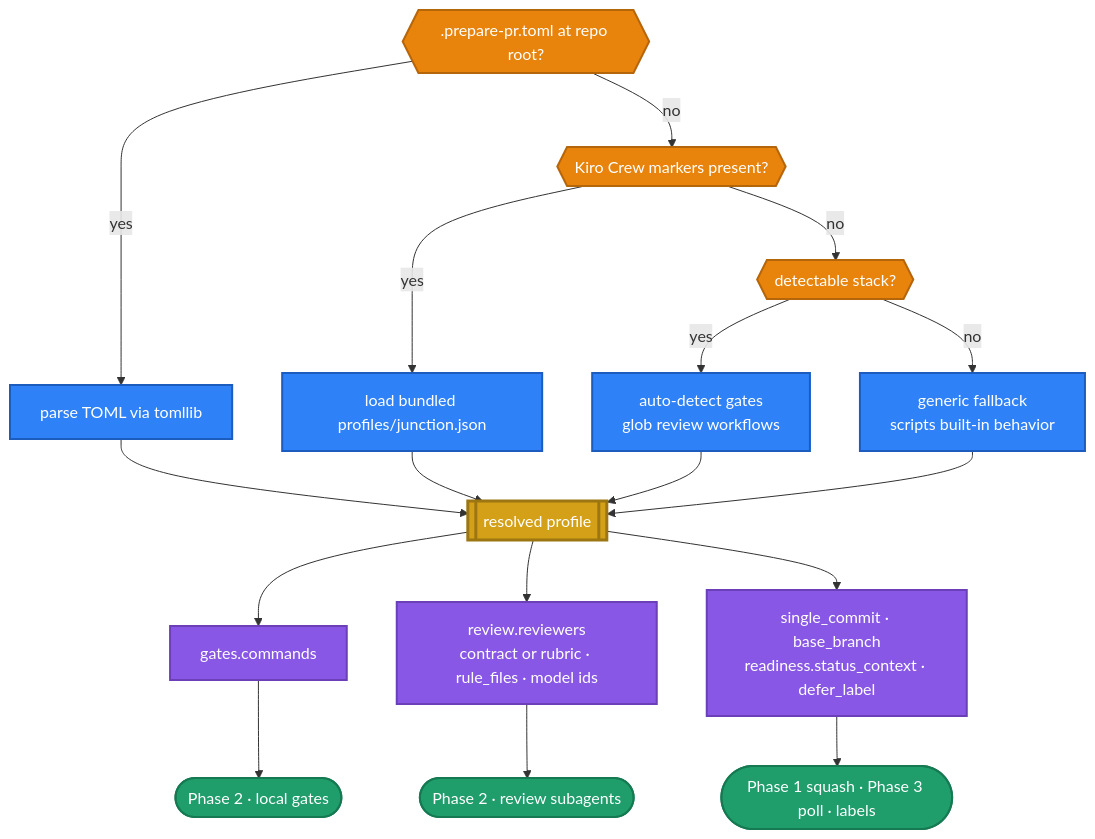
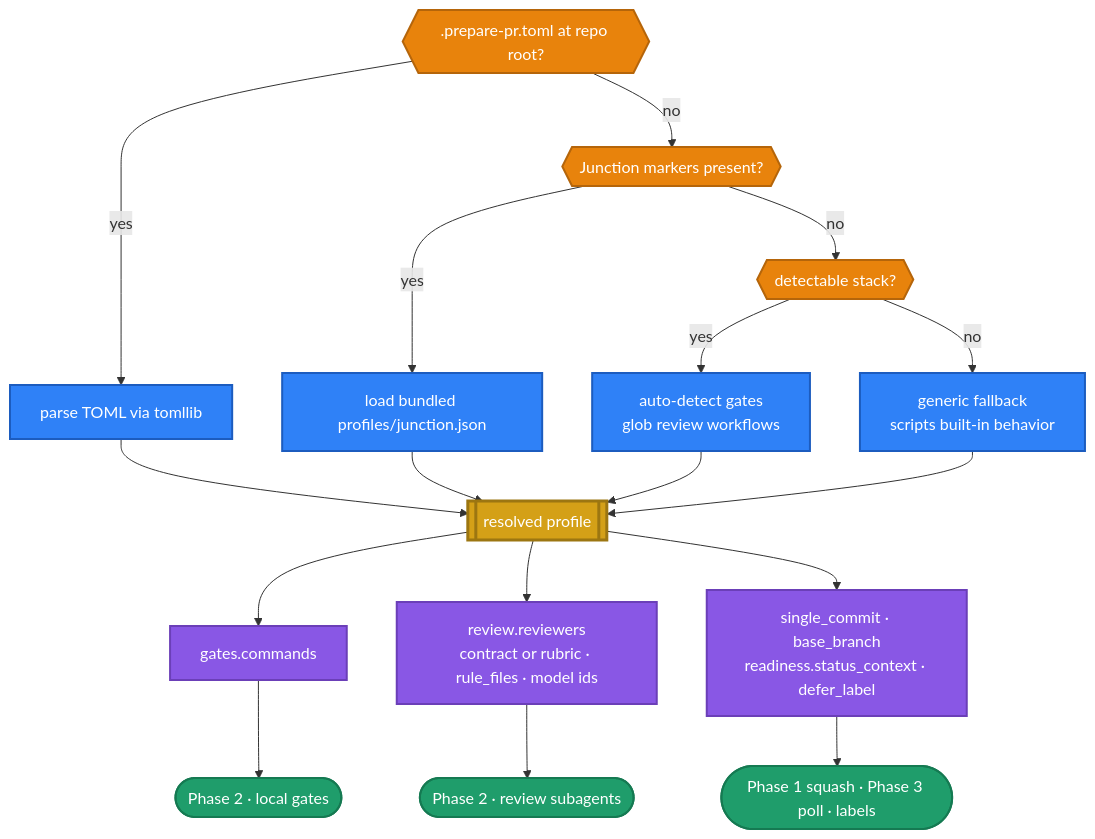
One commit to laqaer/acpcrew changed the second of 2 diagrams in docs/ci/prepare-pr-portability.md. Above: the diagram before and after it, drawn with Mermaid. The commit also changed other lines of this file and 602 other files, not shown here.

````diff
--- a/docs/ci/prepare-pr-portability.md
+++ b/docs/ci/prepare-pr-portability.md
@@ -247,35 +247,35 @@
 ```mermaid
 flowchart TB
     C1{{".prepare-pr.toml at repo root?"}}
     C1 -->|"yes"| P1["parse TOML via tomllib"]
-    C1 -->|"no"| C2{{"Kiro Crew markers present?"}}
+    C1 -->|"no"| C2{{"Junction markers present?"}}
     C2 -->|"yes"| P2["load bundled profiles/junction.json"]
     C2 -->|"no"| C3{{"detectable stack?"}}
     C3 -->|"yes"| P3["auto-detect gates<br/>glob review workflows"]
     C3 -->|"no"| P4["generic fallback<br/>scripts built-in behavior"]
 
     P1 --> PROF[["resolved profile"]]
     P2 --> PROF
     P3 --> PROF
     P4 --> PROF
 
     PROF --> A1["gates.commands"]
     PROF --> A2["review.reviewers<br/>contract or rubric · rule_files · model ids"]
     PROF --> A3["single_commit · base_branch<br/>readiness.status_context · defer_label"]
 
     A1 --> N1(["Phase 2 · local gates"])
     A2 --> N2(["Phase 2 · review subagents"])
     A3 --> N3(["Phase 1 squash · Phase 3 poll · labels"])
 
     classDef cond fill:#e8830c,stroke:#b5650a,stroke-width:2px,color:#fff;
     classDef path fill:#2f81f7,stroke:#1c5cbf,stroke-width:2px,color:#fff;
     classDef prof fill:#d4a017,stroke:#9c7611,stroke-width:3px,color:#fff;
     classDef axis fill:#8957e5,stroke:#6b3fb8,stroke-width:2px,color:#fff;
     classDef node fill:#1f9d6b,stroke:#157a52,stroke-width:2px,color:#fff;
 
     class C1,C2,C3 cond;
     class P1,P2,P3,P4 path;
     class PROF prof;
     class A1,A2,A3 axis;
     class N1,N2,N3 node;
 ```
````
